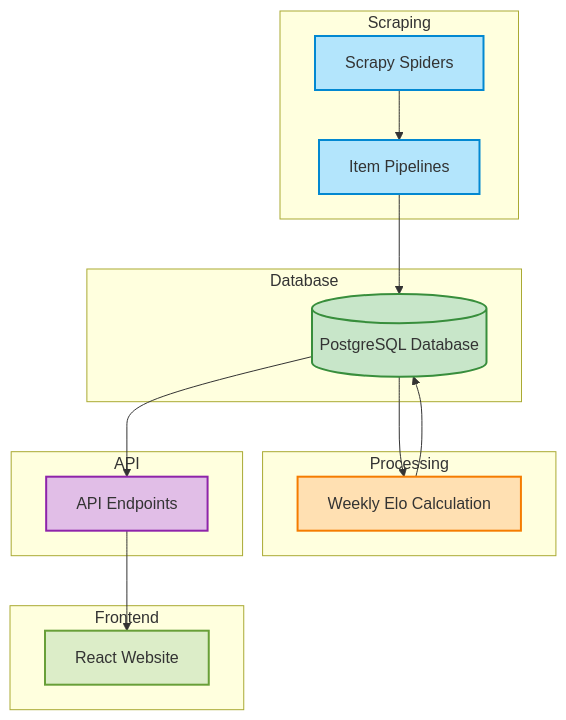
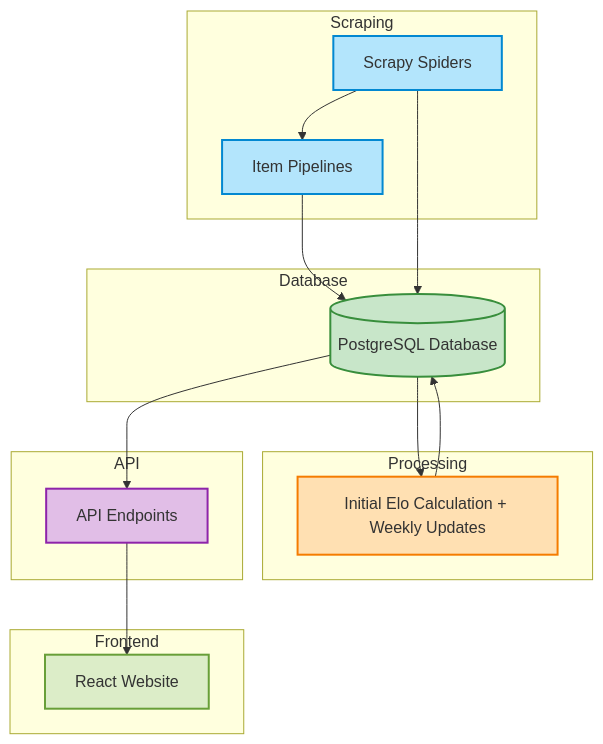
Before and after one commit to alpinedev51/mma-elo-engine-py: the diagram in README.md, drawn with Mermaid.

````diff
--- a/README.md
+++ b/README.md
@@ -52,43 +52,44 @@
 ```mermaid
 flowchart TD
 
     subgraph Scraping
         A1[Scrapy Spiders] --> A2[Item Pipelines]
     end
 
     subgraph Database
         A2 --> B1[(PostgreSQL Database)]
     end
 
     subgraph Processing
-        B1 --> C1[Weekly Elo Calculation]
+        B1 --> C1[Initial Elo Calculation + Weekly Updates]
         C1 --> B1
+        A1 --> B1
     end
 
     subgraph API
         B1 --> D1[API Endpoints]
     end
 
     subgraph Frontend
         D1 --> E1[React Website]
     end
 
     click A1 "Scrapy Spiders regularly crawl MMA websites for fighter data."
     click A2 "Pipelines process and store the fighter data into the database."
     click B1 "PostgreSQL database houses fighter data and Elo scores."
     click C1 "A weekly job calculates and updates Elo ratings."
     click D1 "APIs provide access to stored data."
     click E1 "Data is displayed on a React-based frontend."
 
     classDef blue fill:#B3E5FC,stroke:#0288D1,stroke-width:2px;
     classDef green fill:#C8E6C9,stroke:#388E3C,stroke-width:2px;
     classDef orange fill:#FFE0B2,stroke:#F57C00,stroke-width:2px;
     classDef purple fill:#E1BEE7,stroke:#8E24AA,stroke-width:2px;
     classDef lightgreen fill:#DCEDC8,stroke:#689F38,stroke-width:2px;
 
     class A1,A2 blue
     class B1 green
     class C1 orange
     class D1 purple
     class E1 lightgreen
 ```
````
